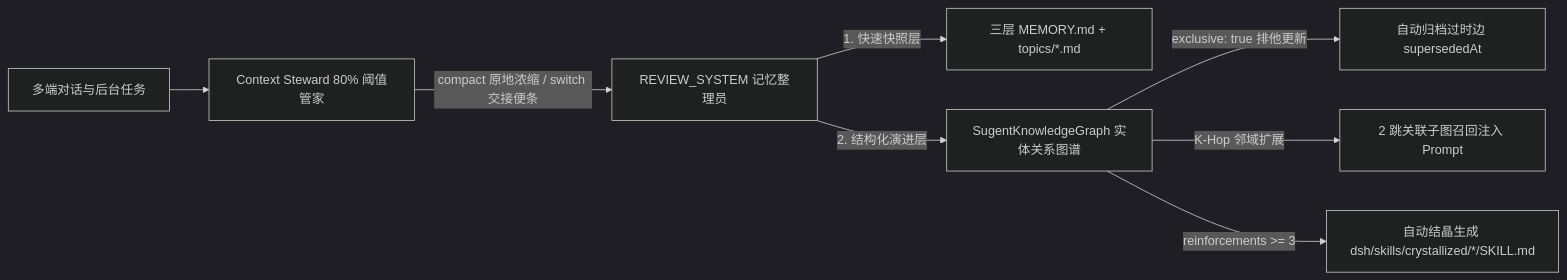
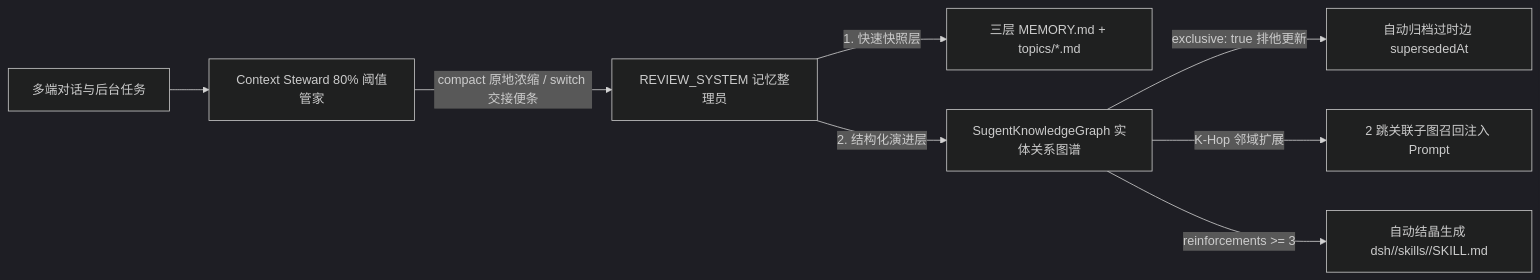
The diagram in README.md (ldc861117/sugent), drawn with Mermaid (dark theme) before and after one commit. The commit also changed other lines of this file and 16 other files, not shown here.

Commit message:
docs(sugent): update governance, roadmap, install guide, and design plans

````diff
--- a/README.md
+++ b/README.md
@@ -68,10 +68,10 @@
 ```mermaid
 flowchart LR
   A[多端对话与后台任务] --> B[Context Steward 80% 阈值管家]
   B -->|compact 原地浓缩 / switch 交接便条| C[REVIEW_SYSTEM 记忆整理员]
   C -->|1. 快速快照层| D[三层 MEMORY.md + topics/*.md]
   C -->|2. 结构化演进层| E[SugentKnowledgeGraph 实体关系图谱]
   E -->|exclusive: true 排他更新| F[自动归档过时边 supersededAt]
   E -->|K-Hop 邻域扩展| G[2 跳关联子图召回注入 Prompt]
-  E -->|reinforcements >= 3| H[自动结晶生成 dsh/skills/crystallized/*/SKILL.md]
+  E -->|reinforcements >= 3| H[自动结晶生成 dsh/<botId>/skills/<skill-name>/SKILL.md]
 ```
````
